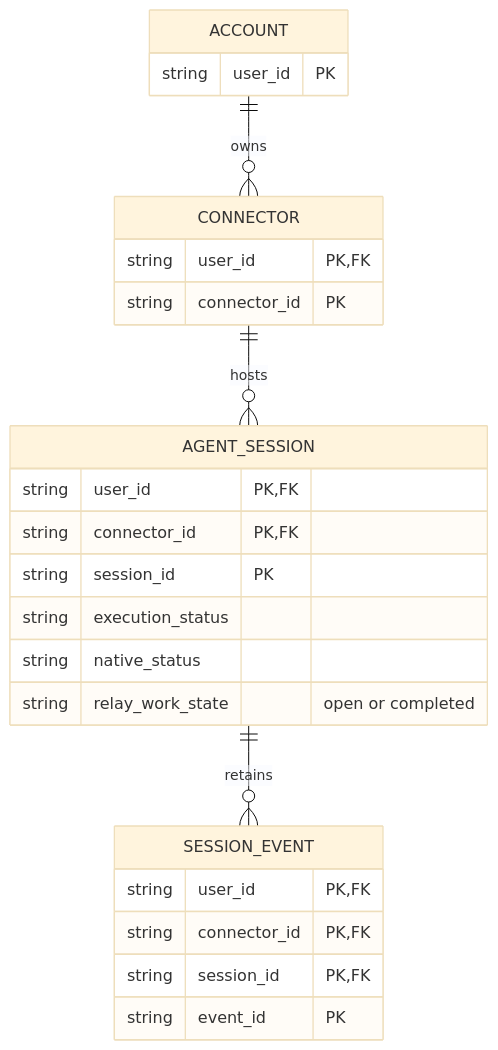
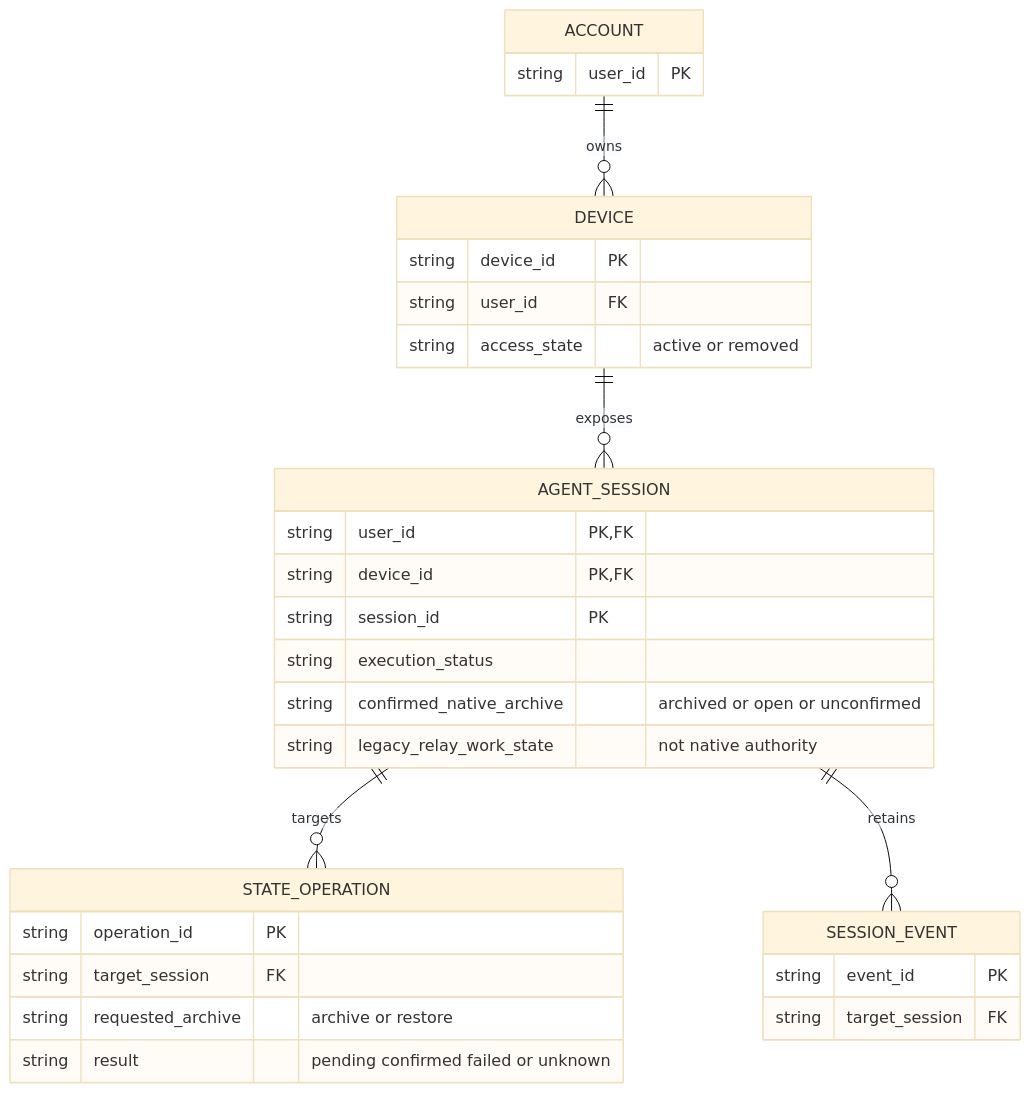
One commit to shazhou-ww/silvermoon-ai changed the diagram in .silvermoon/ideas/01M4Q2R9KT9B4T03Y9718CNB2V/outer/inner/ideal/Business-Data-Model-Review.md. Above: the diagram before and after it, drawn with Mermaid (base theme). The commit also changed other lines of this file and 8 other files, not shown here.

First line of the commit message:
docs: prepare native VS Code Done and Restore linkage

````diff
--- a/.silvermoon/ideas/01M4Q2R9KT9B4T03Y9718CNB2V/outer/inner/ideal/Business-Data-Model-Review.md
+++ b/.silvermoon/ideas/01M4Q2R9KT9B4T03Y9718CNB2V/outer/inner/ideal/Business-Data-Model-Review.md
@@ -19,27 +20,33 @@
 ```mermaid
 erDiagram
   ACCOUNT {
     string user_id PK
   }
-  CONNECTOR {
-    string user_id PK,FK
-    string connector_id PK
+  DEVICE {
+    string device_id PK
+    string user_id FK
+    string access_state "active or removed"
   }
   AGENT_SESSION {
     string user_id PK,FK
-    string connector_id PK,FK
+    string device_id PK,FK
     string session_id PK
     string execution_status
-    string native_status
-    string relay_work_state "open or completed"
+    string confirmed_native_archive "archived or open or unconfirmed"
+    string legacy_relay_work_state "not native authority"
+  }
+  STATE_OPERATION {
+    string operation_id PK
+    string target_session FK
+    string requested_archive "archive or restore"
+    string result "pending confirmed failed or unknown"
   }
   SESSION_EVENT {
-    string user_id PK,FK
-    string connector_id PK,FK
-    string session_id PK,FK
     string event_id PK
+    string target_session FK
   }
-  ACCOUNT ||--o{ CONNECTOR : owns
-  CONNECTOR ||--o{ AGENT_SESSION : hosts
+  ACCOUNT ||--o{ DEVICE : owns
+  DEVICE ||--o{ AGENT_SESSION : exposes
+  AGENT_SESSION ||--o{ STATE_OPERATION : targets
   AGENT_SESSION ||--o{ SESSION_EVENT : retains
 ```
````
